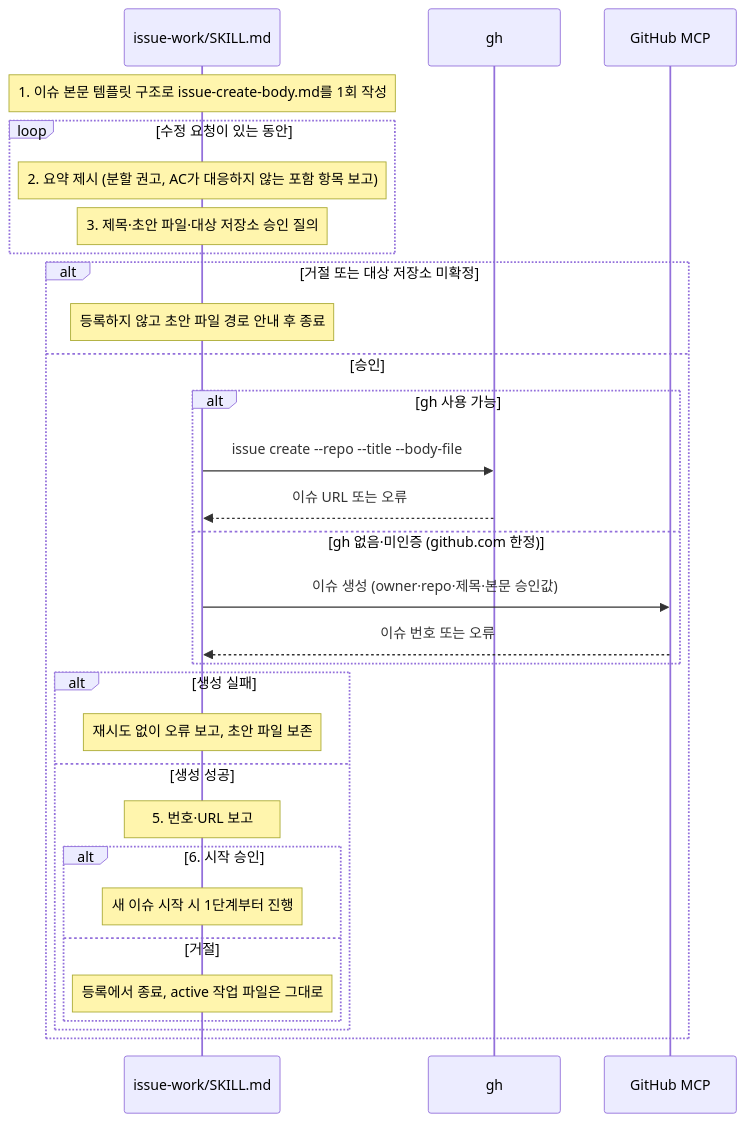
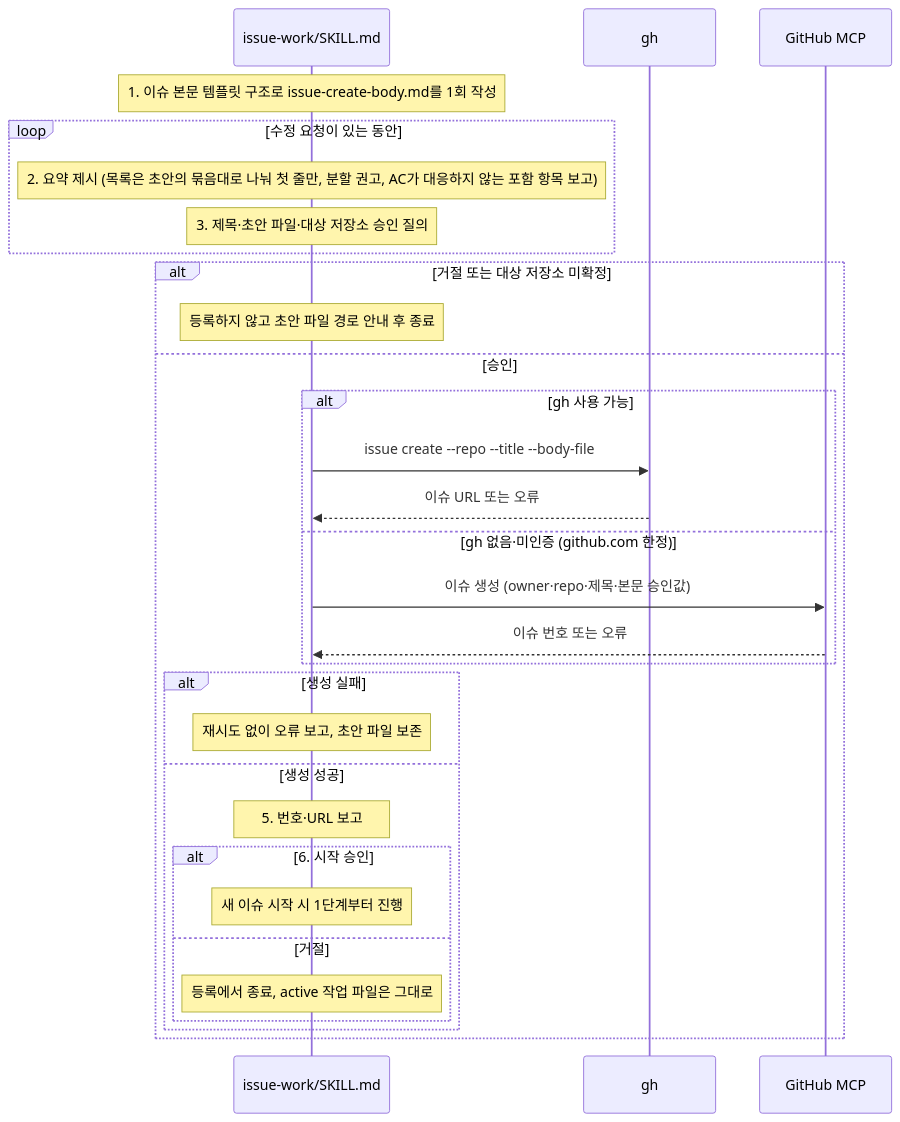
Before and after one commit to scroogy-dev/scroogy-agent-skills: the diagram in .ai/60_codebase/issue-work/create-call-flow.md, drawn with Mermaid. The commit also changed other lines of this file and 6 other files, not shown here.

````diff
--- a/.ai/60_codebase/issue-work/create-call-flow.md
+++ b/.ai/60_codebase/issue-work/create-call-flow.md
@@ -35,33 +36,33 @@
 ```mermaid
 sequenceDiagram
     participant SK as issue-work/SKILL.md
     participant GH as gh
     participant MCP as GitHub MCP
 
     Note over SK: 1. 이슈 본문 템플릿 구조로 issue-create-body.md를 1회 작성
     loop 수정 요청이 있는 동안
-        Note over SK: 2. 요약 제시 (분할 권고, AC가 대응하지 않는 포함 항목 보고)
+        Note over SK: 2. 요약 제시 (목록은 초안의 묶음대로 나눠 첫 줄만, 분할 권고, AC가 대응하지 않는 포함 항목 보고)
         Note over SK: 3. 제목·초안 파일·대상 저장소 승인 질의
     end
     alt 거절 또는 대상 저장소 미확정
         Note over SK: 등록하지 않고 초안 파일 경로 안내 후 종료
     else 승인
         alt gh 사용 가능
             SK->>GH: issue create --repo --title --body-file
             GH-->>SK: 이슈 URL 또는 오류
         else gh 없음·미인증 (github.com 한정)
             SK->>MCP: 이슈 생성 (owner·repo·제목·본문 승인값)
             MCP-->>SK: 이슈 번호 또는 오류
         end
         alt 생성 실패
             Note over SK: 재시도 없이 오류 보고, 초안 파일 보존
         else 생성 성공
             Note over SK: 5. 번호·URL 보고
             alt 6. 시작 승인
                 Note over SK: 새 이슈 시작 시 1단계부터 진행
             else 거절
                 Note over SK: 등록에서 종료, active 작업 파일은 그대로
             end
         end
     end
 ```
````
